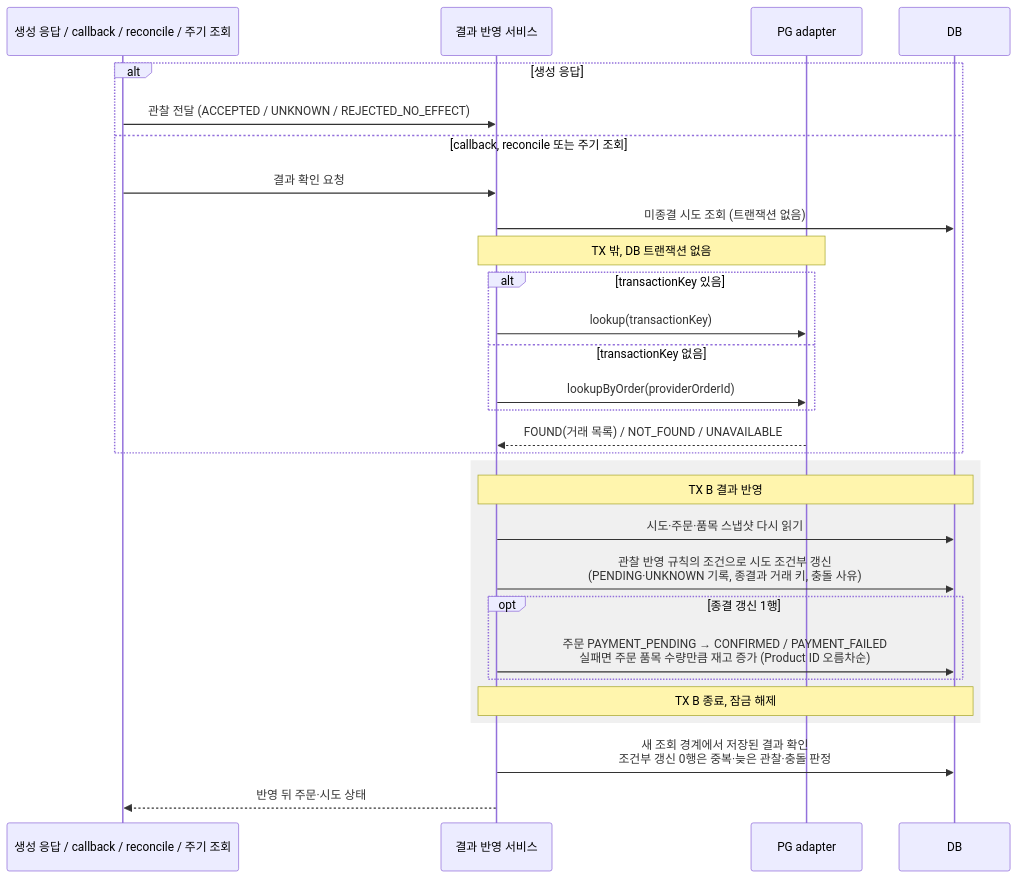
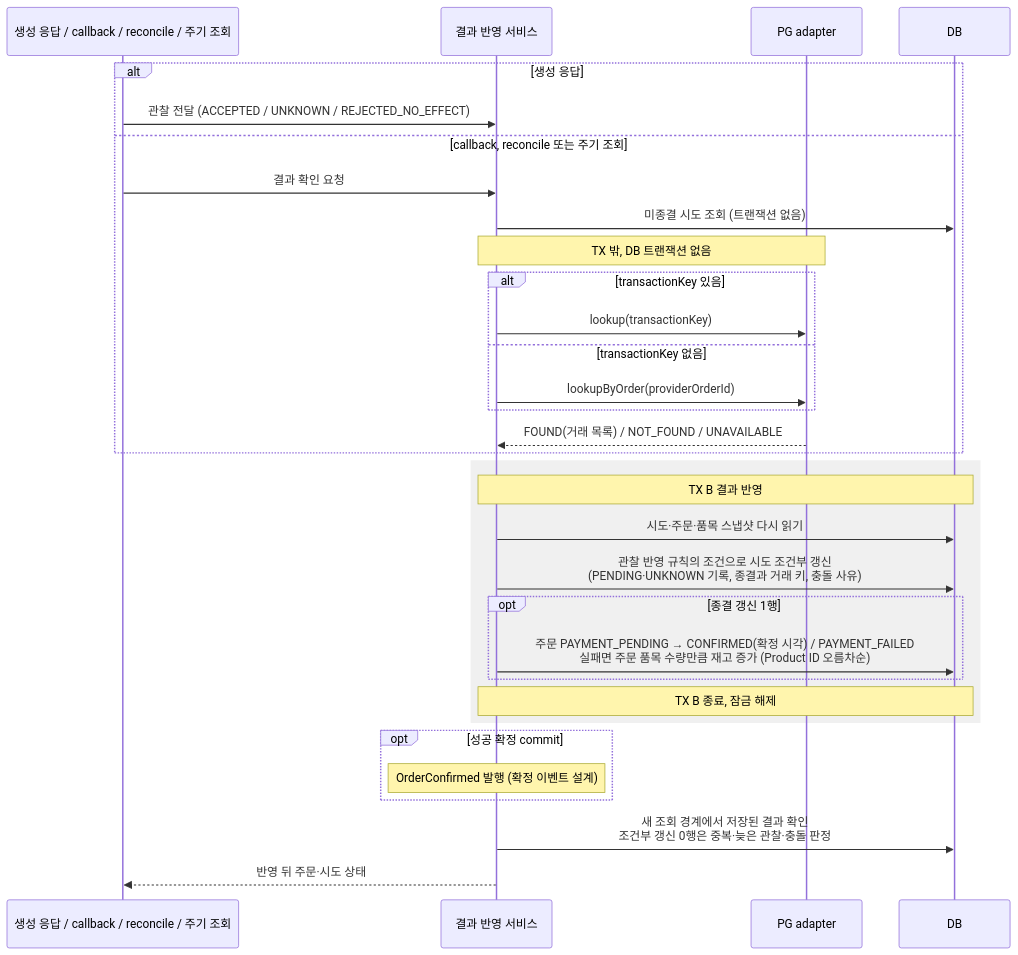
Before and after one commit to loopers-labs/loop-pack-be-l2-vol5-java: the diagram in docs/system-design/use-cases/order-payment-result.md, drawn with Mermaid. The commit also changed other lines of this file and 7 other files, not shown here.

````diff
--- a/docs/system-design/use-cases/order-payment-result.md
+++ b/docs/system-design/use-cases/order-payment-result.md
@@ -44,33 +44,36 @@
 ```mermaid
 sequenceDiagram
     participant Trigger as 생성 응답 / callback / reconcile / 주기 조회
     participant Service as 결과 반영 서비스
     participant Adapter as PG adapter
     participant DB as DB
 
     alt 생성 응답
         Trigger->>Service: 관찰 전달 (ACCEPTED / UNKNOWN / REJECTED_NO_EFFECT)
     else callback, reconcile 또는 주기 조회
         Trigger->>Service: 결과 확인 요청
         Service->>DB: 미종결 시도 조회 (트랜잭션 없음)
         Note over Service,Adapter: TX 밖, DB 트랜잭션 없음
         alt transactionKey 있음
             Service->>Adapter: lookup(transactionKey)
         else transactionKey 없음
             Service->>Adapter: lookupByOrder(providerOrderId)
         end
         Adapter-->>Service: FOUND(거래 목록) / NOT_FOUND / UNAVAILABLE
     end
 
     rect rgba(128, 128, 128, 0.12)
         Note over Service,DB: TX B 결과 반영
         Service->>DB: 시도·주문·품목 스냅샷 다시 읽기
         Service->>DB: 관찰 반영 규칙의 조건으로 시도 조건부 갱신<br/>(PENDING·UNKNOWN 기록, 종결과 거래 키, 충돌 사유)
         opt 종결 갱신 1행
-            Service->>DB: 주문 PAYMENT_PENDING → CONFIRMED / PAYMENT_FAILED<br/>실패면 주문 품목 수량만큼 재고 증가 (Product ID 오름차순)
+            Service->>DB: 주문 PAYMENT_PENDING → CONFIRMED(확정 시각) / PAYMENT_FAILED<br/>실패면 주문 품목 수량만큼 재고 증가 (Product ID 오름차순)
         end
         Note over Service,DB: TX B 종료, 잠금 해제
+    end
+    opt 성공 확정 commit
+        Note over Service: OrderConfirmed 발행 (확정 이벤트 설계)
     end
     Service->>DB: 새 조회 경계에서 저장된 결과 확인<br/>조건부 갱신 0행은 중복·늦은 관찰·충돌 판정
     Service-->>Trigger: 반영 뒤 주문·시도 상태
 ```
````
